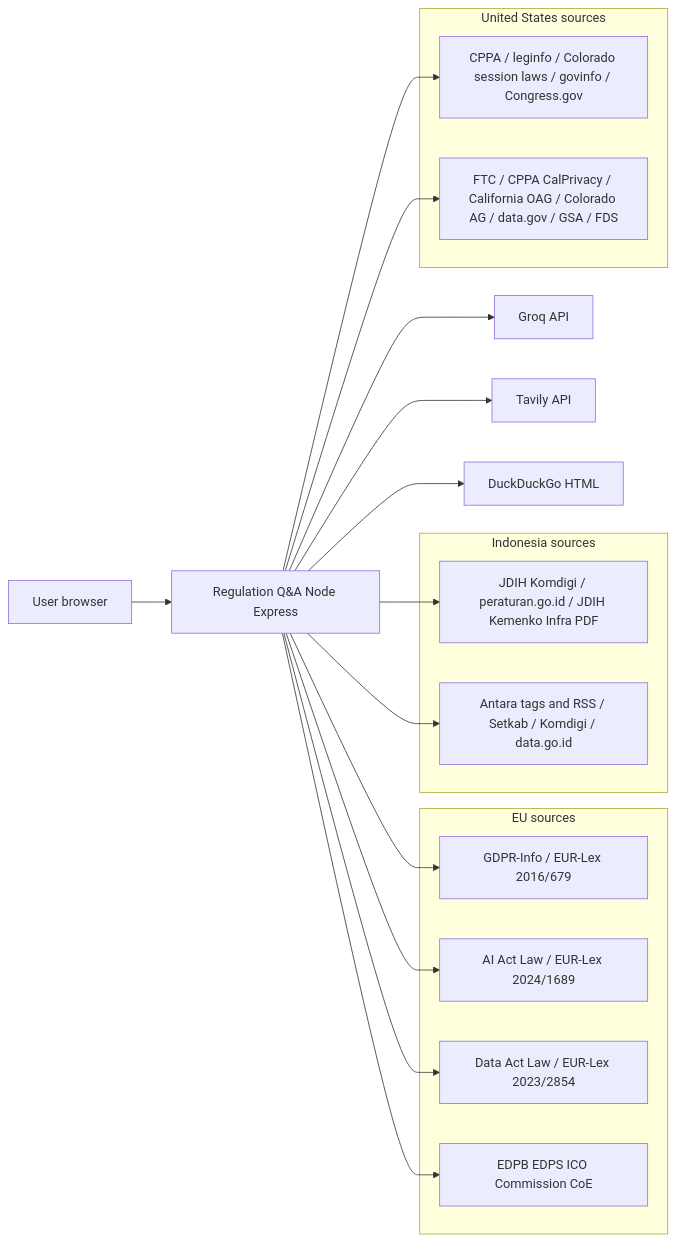
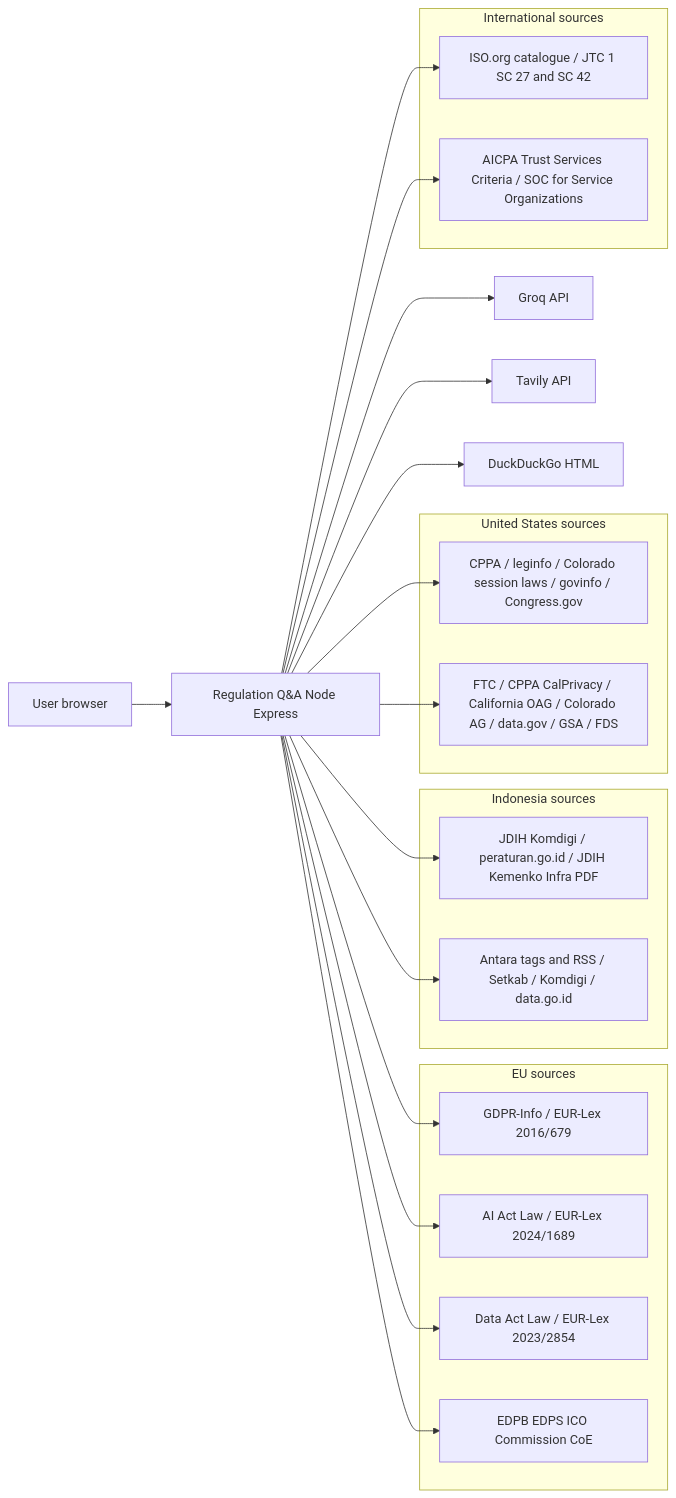
One commit to RifqiMT/gdpr-qa-platform changed the first of 8 diagrams in docs/ARCHITECTURE.md. Above: the diagram before and after it, drawn with Mermaid. The commit also changed other lines of this file and 55 other files, not shown here.

````diff
--- a/docs/ARCHITECTURE.md
+++ b/docs/ARCHITECTURE.md
@@ -10,39 +10,46 @@
 ```mermaid
 flowchart LR
   user[User browser]
   app[Regulation Q&A Node Express]
 
   subgraph EU["EU sources"]
     gdprSrc[GDPR-Info / EUR-Lex 2016/679]
     aiSrc[AI Act Law / EUR-Lex 2024/1689]
     daSrc[Data Act Law / EUR-Lex 2023/2854]
     euNews[EDPB EDPS ICO Commission CoE]
   end
 
   subgraph ID["Indonesia sources"]
     jdih[JDIH Komdigi / peraturan.go.id / JDIH Kemenko Infra PDF]
     idNews[Antara tags and RSS / Setkab / Komdigi / data.go.id]
   end
 
   subgraph US["United States sources"]
     usLaw[CPPA / leginfo / Colorado session laws / govinfo / Congress.gov]
     usNews[FTC / CPPA CalPrivacy / California OAG / Colorado AG / data.gov / GSA / FDS]
   end
 
+  subgraph INTL["International sources"]
+    isoCat[ISO.org catalogue / JTC 1 SC 27 and SC 42]
+    aicpa[AICPA Trust Services Criteria / SOC for Service Organizations]
+  end
+
   groq[Groq API]
   tavily[Tavily API]
   ddg[DuckDuckGo HTML]
 
   user --> app
   app --> gdprSrc
   app --> aiSrc
   app --> daSrc
   app --> jdih
   app --> euNews
   app --> idNews
   app --> usLaw
   app --> usNews
+  app --> isoCat
+  app --> aicpa
   app --> groq
   app --> tavily
   app --> ddg
 ```
````
